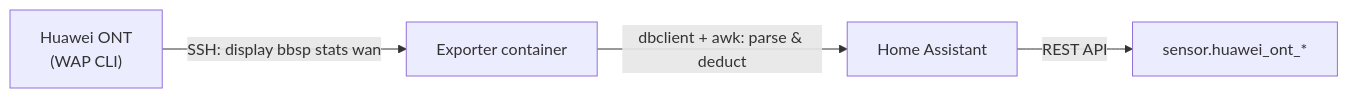
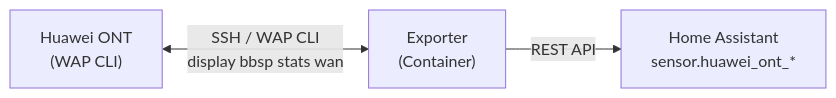
The diagram in README.md (YasogaN/ha-huawei-ont-exporter), drawn with Mermaid before and after one commit.

Commit message:
docs: simplify architecture diagram

````diff
--- a/README.md
+++ b/README.md
@@ -9,11 +9,9 @@
 ```mermaid
 flowchart LR
     A["Huawei ONT<br/>(WAP CLI)"]
-    B["Exporter container"]
-    C["Home Assistant"]
-    D["sensor.huawei_ont_*"]
+    B["Exporter<br/>(Container)"]
+    C["Home Assistant<br/>sensor.huawei_ont_*"]
 
-    A -->|"SSH: display bbsp stats wan"| B
-    B -->|"dbclient + awk: parse &amp; deduct"| C
-    C -->|"REST API"| D
+    A <-->|"SSH / WAP CLI<br/>display bbsp stats wan"| B
+    B -->|"REST API"| C
 ```
````
